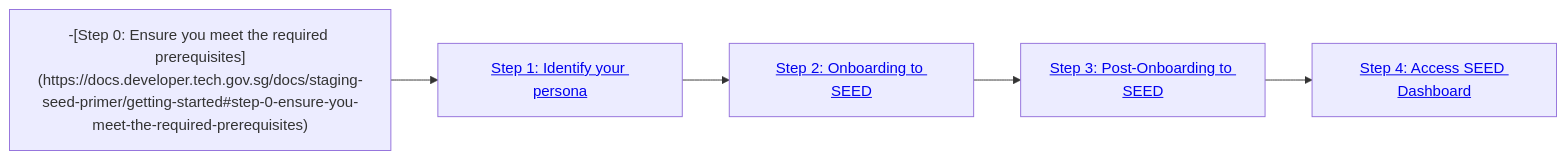
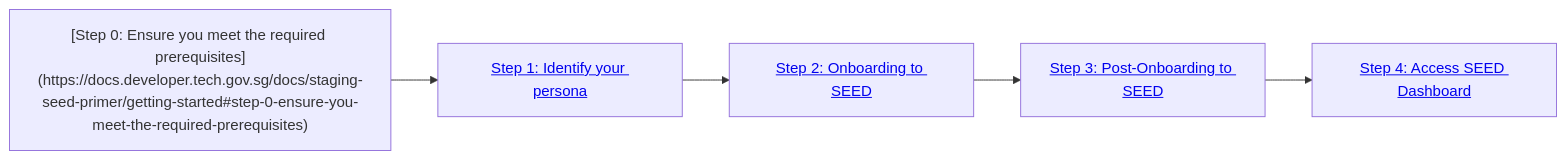
Before and after one commit to GovTechSG/seed-primer-documentation: the diagram in getting-started.md, drawn with Mermaid.

````diff
--- a/getting-started.md
+++ b/getting-started.md
@@ -5,12 +5,12 @@
 ```mermaid
 flowchart LR
-    A["-[Step 0: Ensure you meet the required prerequisites](https://docs.developer.tech.gov.sg/docs/staging-seed-primer/getting-started#step-0-ensure-you-meet-the-required-prerequisites)"]
+    A["[Step 0: Ensure you meet the required prerequisites](https://docs.developer.tech.gov.sg/docs/staging-seed-primer/getting-started#step-0-ensure-you-meet-the-required-prerequisites)"]
     B["<a href='https://docs.developer.tech.gov.sg/docs/staging-seed-primer/getting-started?id=step-1-identify-your-onboarding-persona'>Step 1: Identify your persona</a>"]
     C["<a href='https://docs.developer.tech.gov.sg/docs/staging-seed-primer/getting-started?id=step-2-onboard-device-to-seed'>Step 2: Onboarding to SEED</a>"]
     D["<a href='https://docs.developer.tech.gov.sg/docs/staging-seed-primer/post-onboarding-steps'>Step 3: Post-Onboarding to SEED</a>"]
     E["<a href='https://docs.developer.tech.gov.sg/docs/staging-seed-primer/dashboard'>Step 4: Access SEED Dashboard</a>"]
     A --> B
     B --> C
     C --> D
     D --> E
 ```
````
